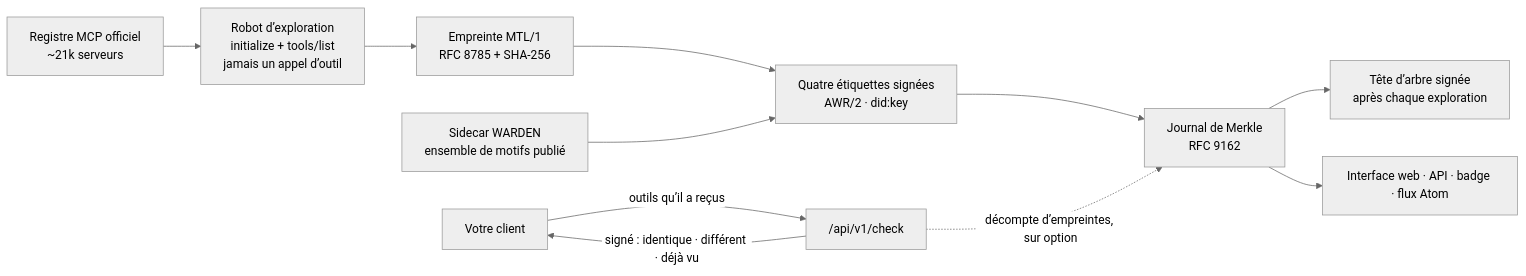
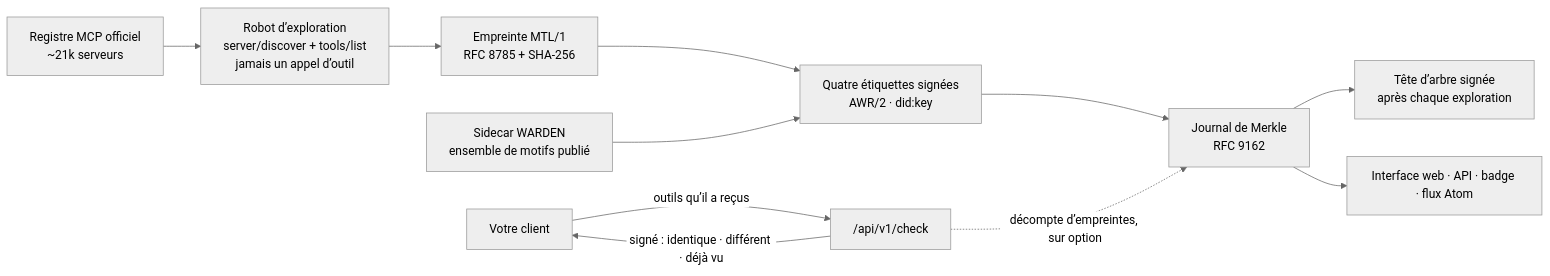
Before and after one commit to alexar76/histor: the diagram in README.fr.md, drawn with Mermaid (neutral theme). The commit also changed other lines of this file and 78 other files, not shown here.

````diff
--- a/README.fr.md
+++ b/README.fr.md
@@ -55,13 +55,13 @@
 ```mermaid
 flowchart LR
-    R["Registre MCP officiel<br/>~21k serveurs"] --> C["Robot d’exploration<br/>initialize + tools/list<br/>jamais un appel d’outil"]
+    R["Registre MCP officiel<br/>~21k serveurs"] --> C["Robot d’exploration<br/>server/discover + tools/list<br/>jamais un appel d’outil"]
     C --> D["Empreinte MTL/1<br/>RFC 8785 + SHA-256"]
     D --> L["Quatre étiquettes signées<br/>AWR/2 · did:key"]
     W["Sidecar WARDEN<br/>ensemble de motifs publié"] --> L
     L --> M["Journal de Merkle<br/>RFC 9162"]
     M --> S["Tête d’arbre signée<br/>après chaque exploration"]
     M --> API["Interface web · API · badge · flux Atom"]
     CL["Votre client"] -- "outils qu’il a reçus" --> K["/api/v1/check"]
     K -- "signé : identique · différent · déjà vu" --> CL
     K -. "décompte d’empreintes, sur option" .-> M
 ```
````
